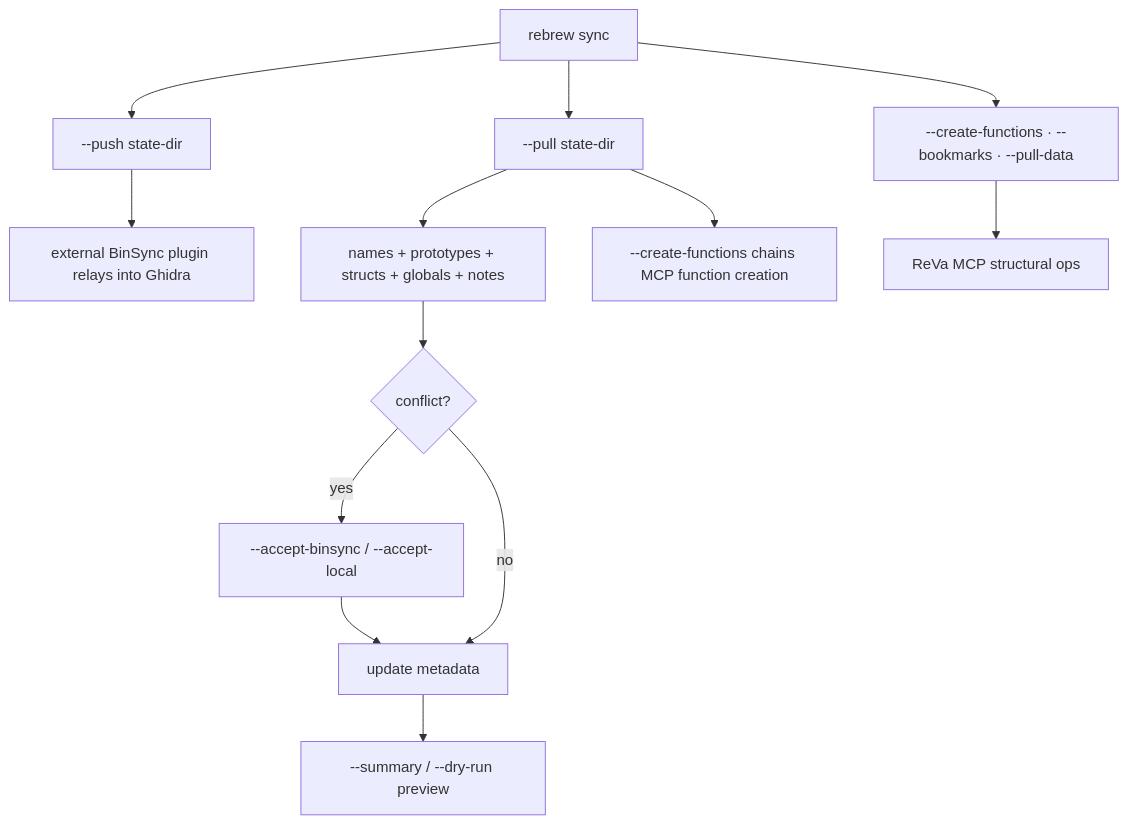
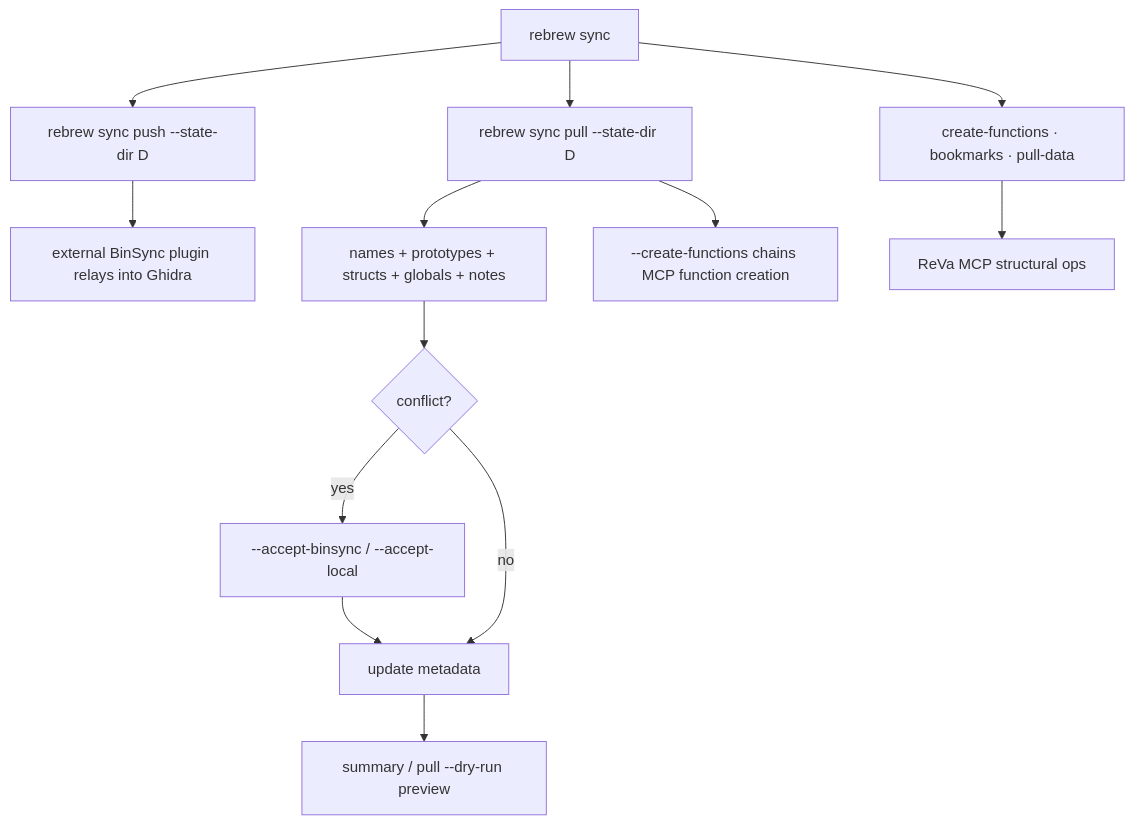
Before and after one commit to maci0/rebrew: the diagram in docs/BINSYNC_INTEGRATION.md, drawn with Mermaid. The commit also changed other lines of this file and 390 other files, not shown here.

````diff
--- a/docs/BINSYNC_INTEGRATION.md
+++ b/docs/BINSYNC_INTEGRATION.md
@@ -526,15 +526,15 @@
 ```mermaid
 graph TD
-    Sync[rebrew sync] --> Push[--push state-dir]
+    Sync[rebrew sync] --> Push[rebrew sync push --state-dir D]
     Push --> Relay[external BinSync plugin relays into Ghidra]
-    Sync --> Pull[--pull state-dir]
+    Sync --> Pull[rebrew sync pull --state-dir D]
     Pull --> Names[names + prototypes + structs + globals + notes]
     Pull --> Create[--create-functions chains MCP function creation]
-    Sync --> Struct[--create-functions · --bookmarks · --pull-data]
+    Sync --> Struct[create-functions · bookmarks · pull-data]
     Struct --> MCP[ReVa MCP structural ops]
     Names --> Conflict{conflict?}
     Conflict -->|yes| Decide[--accept-binsync / --accept-local]
     Decide --> Update[update metadata]
     Conflict -->|no| Update
-    Update --> Summary[--summary / --dry-run preview]
+    Update --> Summary[summary / pull --dry-run preview]
 ```
````
